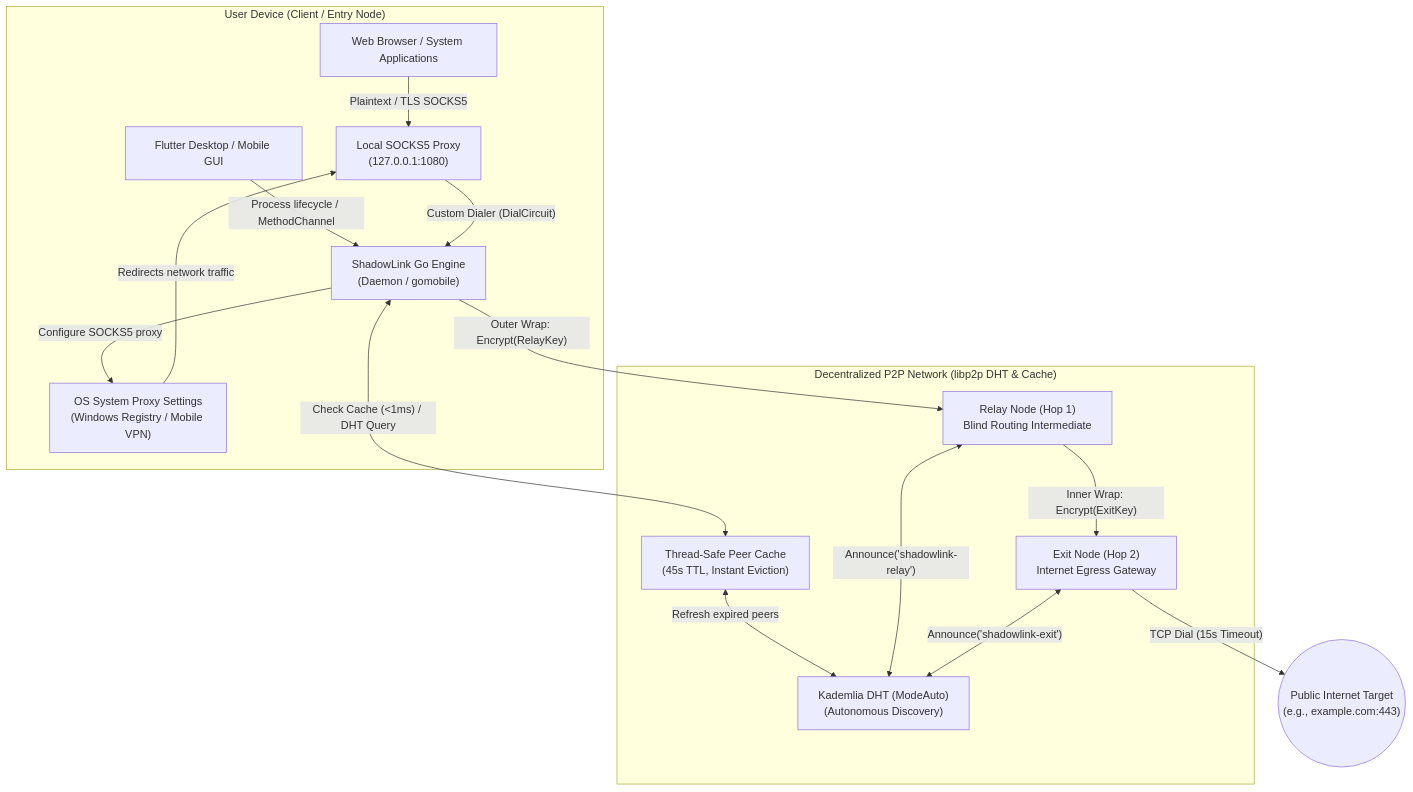
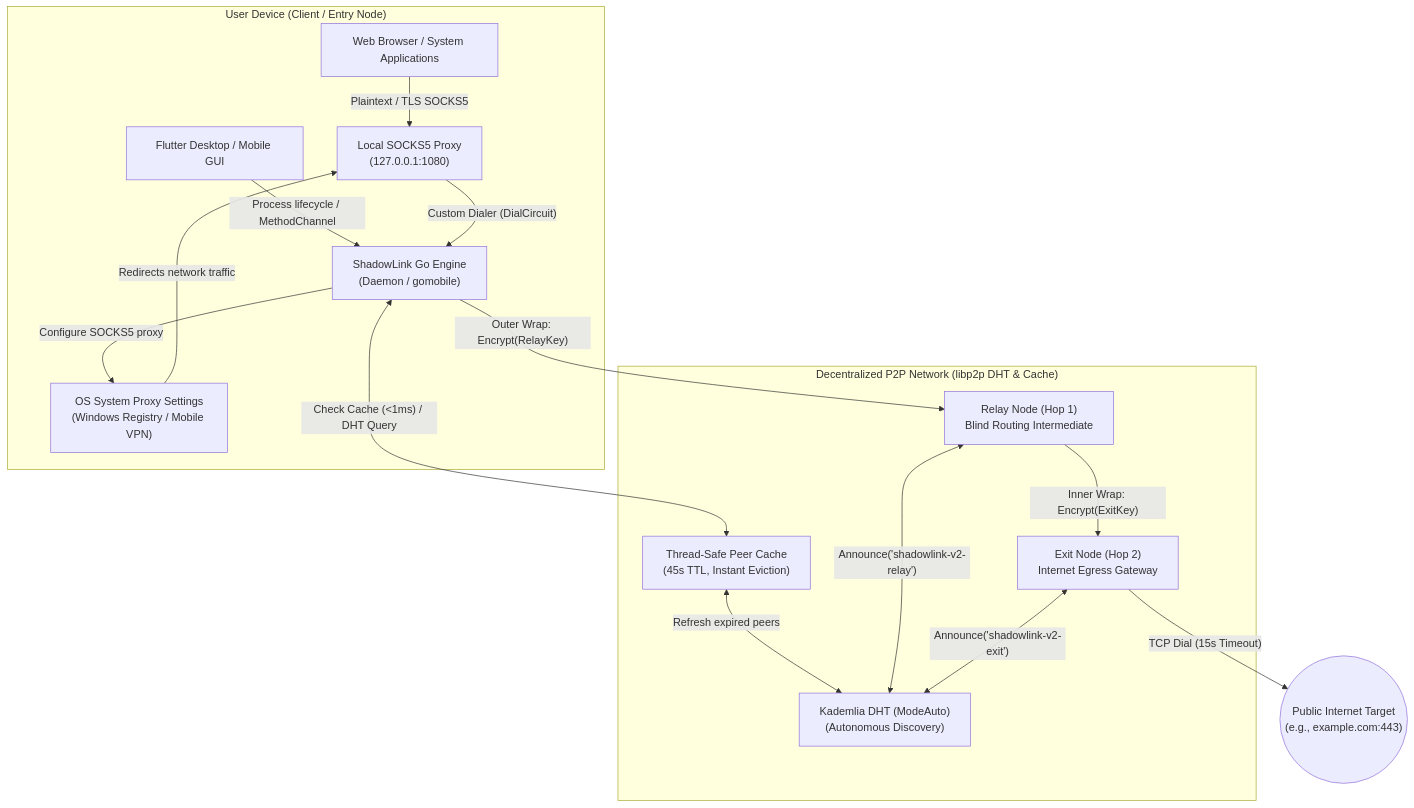
The first of 4 diagrams in ARCHITECTURE.md (TUSHAR91316/ShadowLink), drawn with Mermaid before and after one commit. The commit also changed other lines of this file and 22 other files, not shown here.

````diff
--- a/ARCHITECTURE.md
+++ b/ARCHITECTURE.md
@@ -9,34 +9,34 @@
 ```mermaid
 graph TD
     subgraph "User Device (Client / Entry Node)"
         App["Web Browser / System Applications"]
         GUI["Flutter Desktop / Mobile GUI"]
         SOCKS["Local SOCKS5 Proxy\n(127.0.0.1:1080)"]
         Core["ShadowLink Go Engine\n(Daemon / gomobile)"]
         SysProxy["OS System Proxy Settings\n(Windows Registry / Mobile VPN)"]
     end
 
     subgraph "Decentralized P2P Network (libp2p DHT & Cache)"
         PeerCache["Thread-Safe Peer Cache\n(45s TTL, Instant Eviction)"]
         RelayNode["Relay Node (Hop 1)\nBlind Routing Intermediate"]
         ExitNode["Exit Node (Hop 2)\nInternet Egress Gateway"]
         DHT["Kademlia DHT (ModeAuto)\n(Autonomous Discovery)"]
     end
 
     Internet(("Public Internet Target\n(e.g., example.com:443)"))
 
     App -->|"Plaintext / TLS SOCKS5"| SOCKS
     GUI -->|"Process lifecycle / MethodChannel"| Core
     Core -->|"Configure SOCKS5 proxy"| SysProxy
     SysProxy -->|"Redirects network traffic"| SOCKS
     SOCKS -->|"Custom Dialer (DialCircuit)"| Core
 
     Core <-->|"Check Cache (<1ms) / DHT Query"| PeerCache
     PeerCache <-->|"Refresh expired peers"| DHT
-    RelayNode <-->|"Announce('shadowlink-relay')"| DHT
-    ExitNode <-->|"Announce('shadowlink-exit')"| DHT
+    RelayNode <-->|"Announce('shadowlink-v2-relay')"| DHT
+    ExitNode <-->|"Announce('shadowlink-v2-exit')"| DHT
 
     Core -->|"Outer Wrap: Encrypt(RelayKey)"| RelayNode
     RelayNode -->|"Inner Wrap: Encrypt(ExitKey)"| ExitNode
     ExitNode -->|"TCP Dial (15s Timeout)"| Internet
 ```
````
